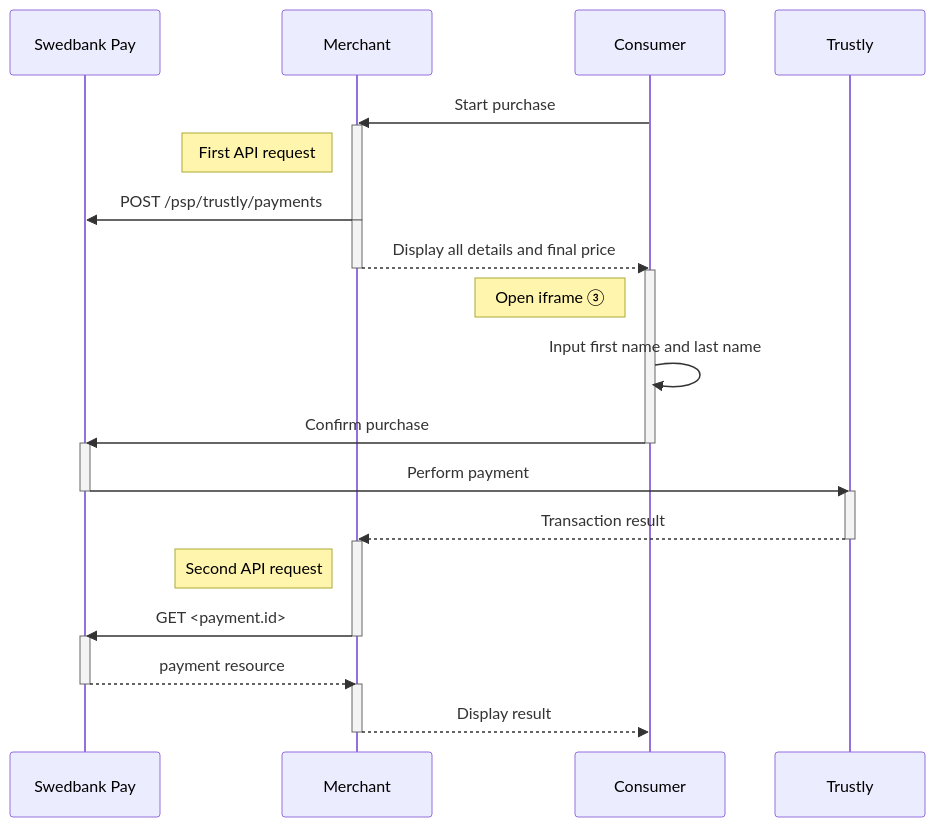
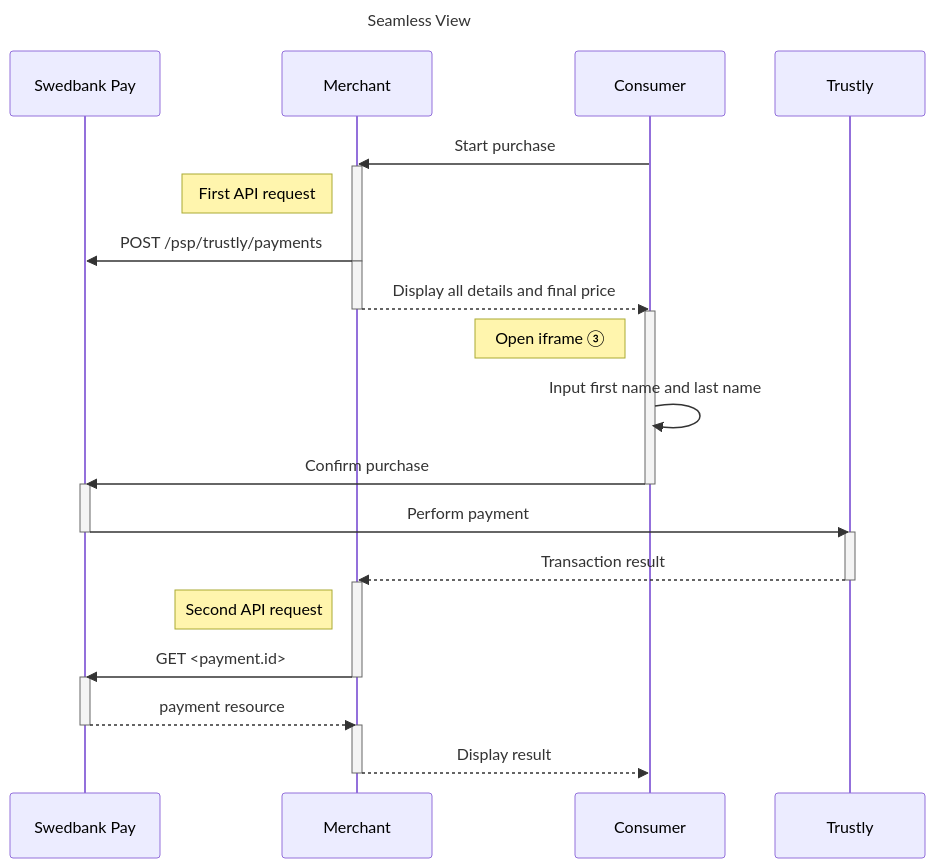
Before and after one commit to SwedbankPay/developer.swedbankpay.com: the diagram in old-implementations/payment-instruments-v1/trustly/seamless-view.md, drawn with Mermaid. The commit also changed 66 other files, not shown here.

Commit message:
Added titles in sequence diagrams

````diff
--- a/old-implementations/payment-instruments-v1/trustly/seamless-view.md
+++ b/old-implementations/payment-instruments-v1/trustly/seamless-view.md
@@ -250,28 +250,29 @@
 ```mermaid
 sequenceDiagram
+title: Seamless View
     participant SwedbankPay as Swedbank Pay
     participant Merchant
     participant Consumer
     participant Trustly
     Consumer->>Merchant: Start purchase
     activate Merchant
     note left of Merchant: First API request
     Merchant->>-SwedbankPay: POST /psp/trustly/payments
     activate Merchant
     Merchant-->>-Consumer: Display all details and final price
     activate Consumer
     note left of Consumer: Open iframe ③
     Consumer->>Consumer: Input first name and last name
     Consumer->>-SwedbankPay: Confirm purchase
     activate SwedbankPay
     SwedbankPay->>-Trustly: Perform payment
     activate Trustly
     Trustly-->>-Merchant: Transaction result
     activate Merchant
     note left of Merchant: Second API request
     Merchant->>-SwedbankPay: GET <payment.id>
     activate SwedbankPay
     SwedbankPay-->>-Merchant: payment resource
     activate Merchant
     Merchant-->>-Consumer: Display result
 ```
````
